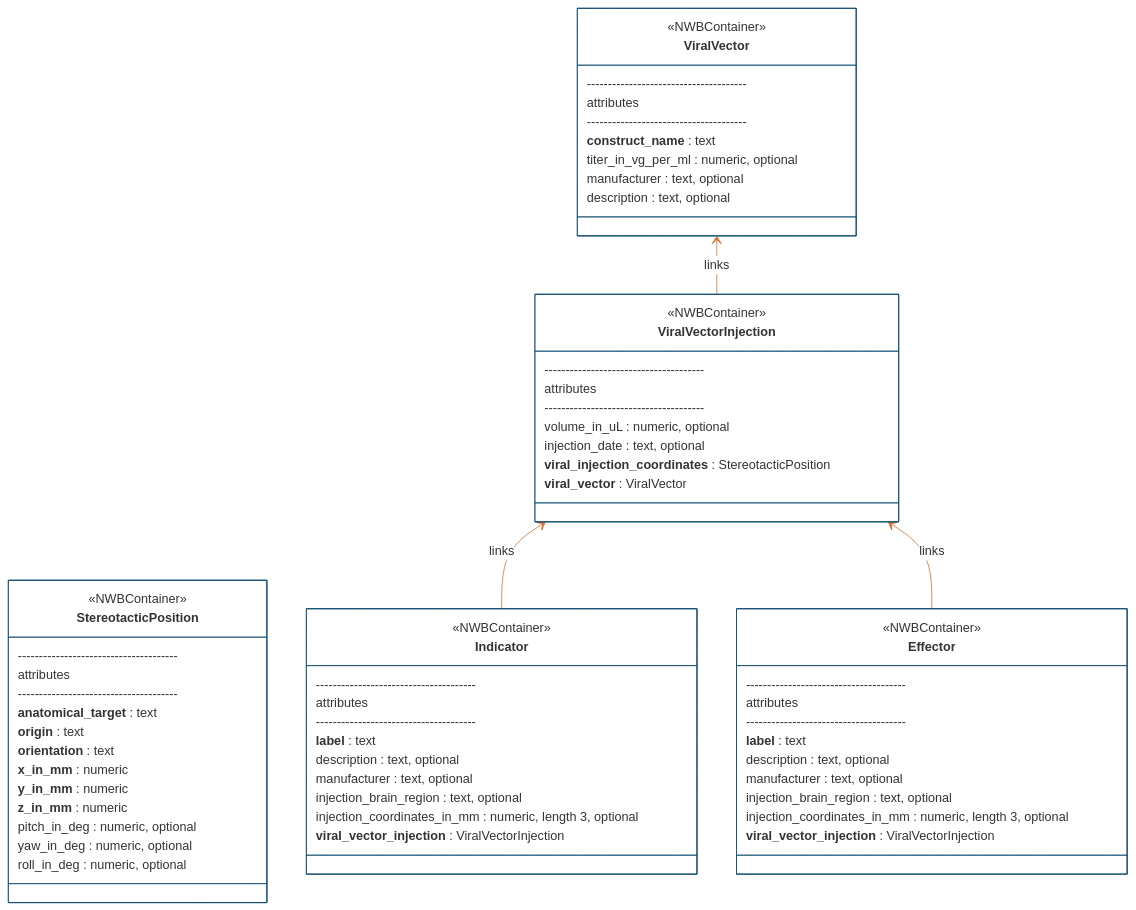
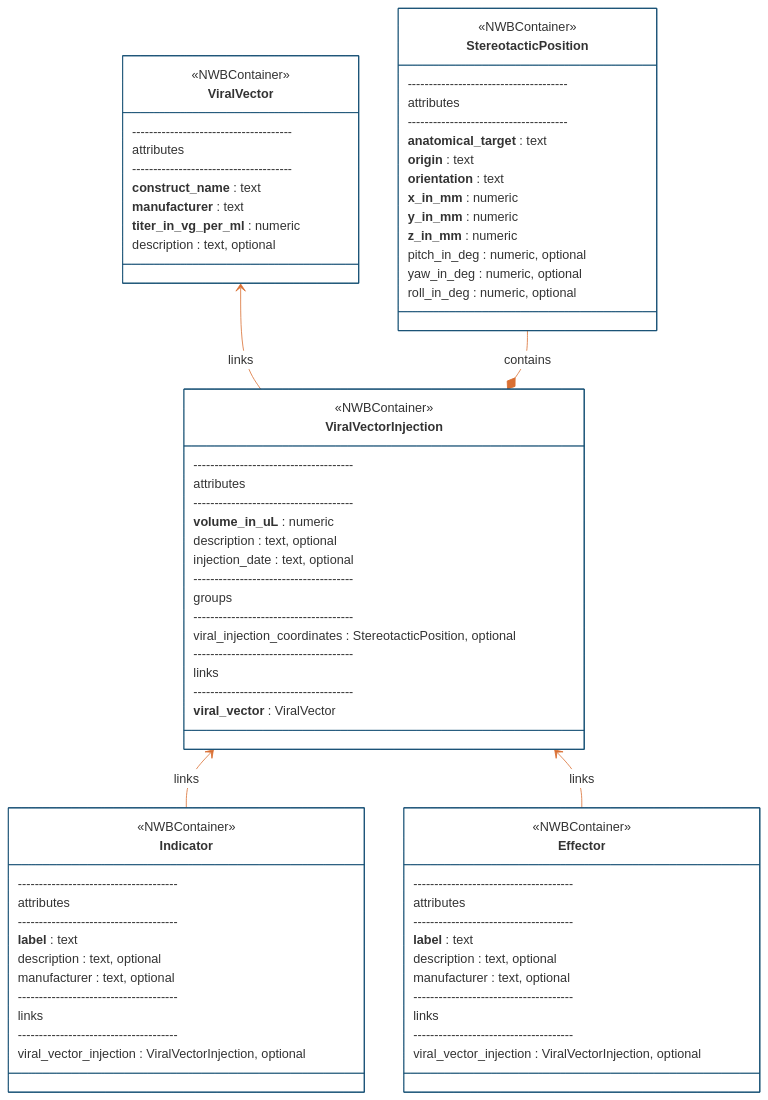
The first of 4 diagrams in README.md (catalystneuro/ndx-ophys-devices), drawn with Mermaid before and after one commit. The commit also changed other lines of this file and 23 other files, not shown here.

````diff
--- a/README.md
+++ b/README.md
@@ -330,67 +349,78 @@
 ```mermaid
 %%{init: {'theme': 'base', 'themeVariables': {'primaryColor': '#ffffff', 'primaryBorderColor': '#144E73', 'lineColor': '#D96F32'}}}%%
 classDiagram
     direction BT
     class ViralVector {
         <<NWBContainer>>
         --------------------------------------
         attributes
         --------------------------------------
         **construct_name** : text
-        titer_in_vg_per_ml : numeric, optional
-        manufacturer : text, optional
+        **manufacturer** : text
+        **titer_in_vg_per_ml** : numeric
         description : text, optional
     }
     class StereotacticPosition {
         <<NWBContainer>>
         --------------------------------------
         attributes
         --------------------------------------
         **anatomical_target** : text
         **origin** : text
         **orientation** : text
         **x_in_mm** : numeric
         **y_in_mm** : numeric
         **z_in_mm** : numeric
         pitch_in_deg : numeric, optional
         yaw_in_deg : numeric, optional
         roll_in_deg : numeric, optional
     }
     class ViralVectorInjection {
         <<NWBContainer>>
         --------------------------------------
         attributes
         --------------------------------------
-        volume_in_uL : numeric, optional
+        **volume_in_uL** : numeric
+        description : text, optional
         injection_date : text, optional
-        **viral_injection_coordinates** : StereotacticPosition
+        --------------------------------------
+        groups
+        --------------------------------------
+        viral_injection_coordinates : StereotacticPosition, optional
+        --------------------------------------
+        links
+        --------------------------------------
         **viral_vector** : ViralVector
-        }
+    }
     class Indicator {
         <<NWBContainer>>
         --------------------------------------
         attributes
         --------------------------------------
         **label** : text
         description : text, optional
         manufacturer : text, optional
-        injection_brain_region : text, optional
-        injection_coordinates_in_mm : numeric, length 3, optional
-        **viral_vector_injection** : ViralVectorInjection
+        --------------------------------------
+        links
+        --------------------------------------
+        viral_vector_injection : ViralVectorInjection, optional
     }
     class Effector {
         <<NWBContainer>>
         --------------------------------------
         attributes
         --------------------------------------
         **label** : text
         description : text, optional
         manufacturer : text, optional
-        injection_brain_region : text, optional
-        injection_coordinates_in_mm : numeric, length 3, optional
-        **viral_vector_injection** : ViralVectorInjection
+        --------------------------------------
+        links
+        --------------------------------------
+        viral_vector_injection : ViralVectorInjection, optional
     }
     Indicator --> ViralVectorInjection : links
     Effector --> ViralVectorInjection : links
     ViralVectorInjection --> ViralVector : links
+    ViralVectorInjection *-- StereotacticPosition : contains
+
 ```
````
